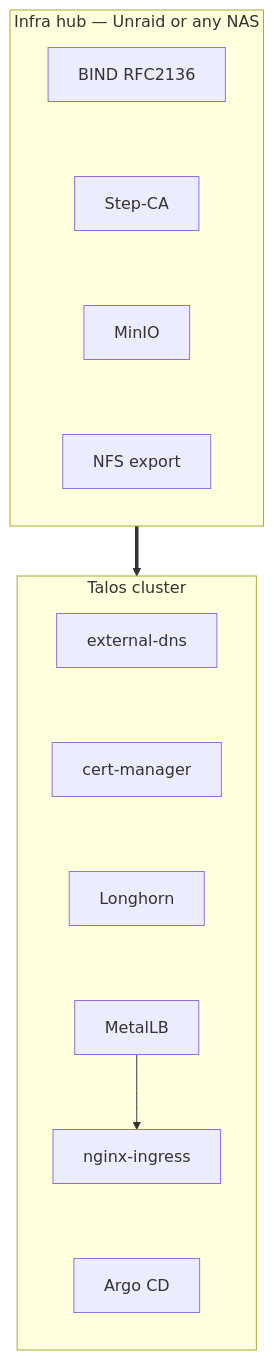
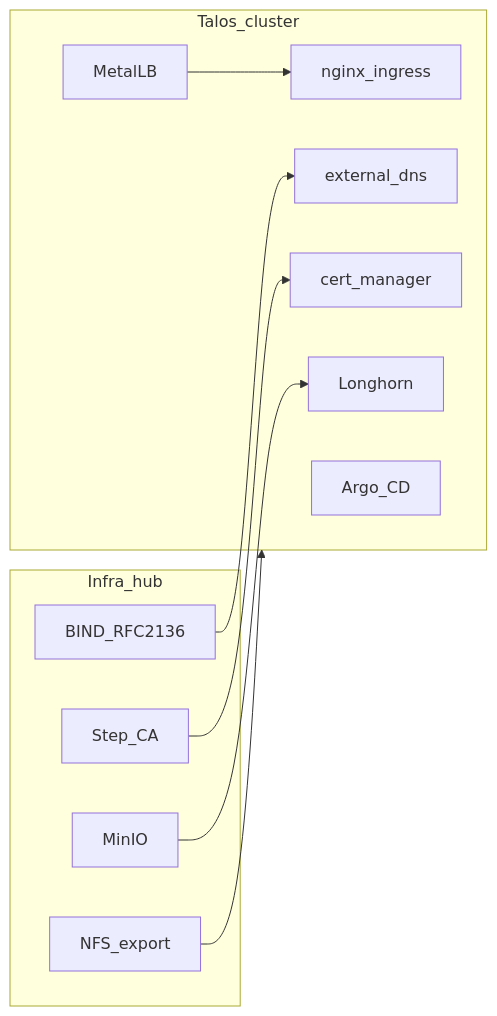
One commit to jslay88/homelab-gitops-starter changed the second of 3 diagrams in docs/architecture.md. Above: the diagram before and after it, drawn with Mermaid. The commit also changed other lines of this file, not shown here.

Commit message:
Restore the original cluster-vs-NAS mermaid from the first commit.
The stacked-column rewrite was worse than the left-to-right subgraphs
that shipped with the guide.

````diff
--- a/docs/architecture.md
+++ b/docs/architecture.md
@@ -29,22 +29,22 @@
 ```mermaid
-flowchart TB
-  subgraph hub["Infra hub — Unraid or any NAS"]
-    direction TB
-    Bind[BIND RFC2136]
-    StepCA[Step-CA]
-    Minio[MinIO]
-    Nfs[NFS export]
-    Bind ~~~ StepCA ~~~ Minio ~~~ Nfs
+flowchart LR
+  subgraph unraid [Infra_hub]
+    Bind["BIND_RFC2136"]
+    StepCA["Step_CA"]
+    Minio["MinIO"]
+    Nfs["NFS_export"]
   end
-  hub ==> cluster
-  subgraph cluster["Talos cluster"]
-    direction TB
-    Edns[external-dns]
-    Cm[cert-manager]
-    Lh[Longhorn]
-    Mlb[MetalLB] --> Ing[nginx-ingress]
-    Argo[Argo CD]
-    Edns ~~~ Cm ~~~ Lh ~~~ Mlb
-    Ing ~~~ Argo
+  subgraph cluster [Talos_cluster]
+    Argo["Argo_CD"]
+    Mlb["MetalLB"]
+    Ing["nginx_ingress"]
+    Lh["Longhorn"]
+    Cm["cert_manager"]
+    Edns["external_dns"]
   end
+  Bind --> Edns
+  StepCA --> Cm
+  Minio --> Lh
+  Nfs --> cluster
+  Mlb --> Ing
 ```
````
